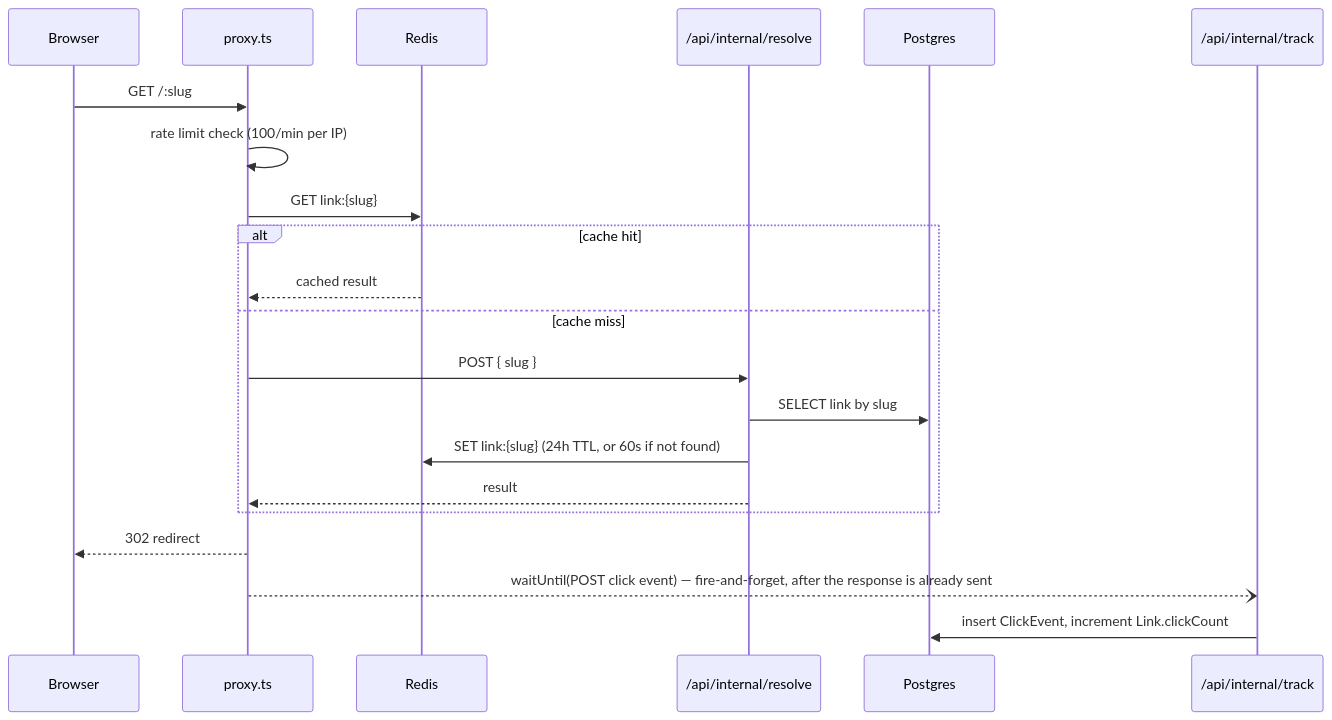
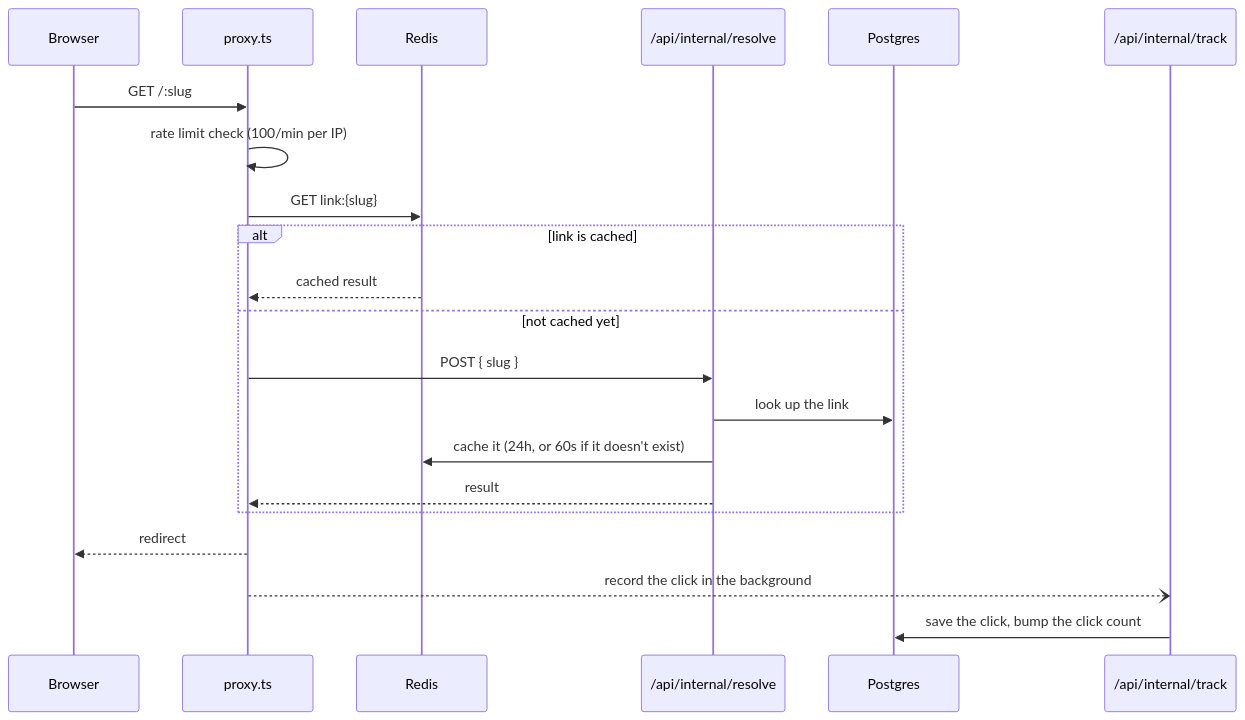
One commit to kanishksharma04/Snip changed the diagram in README.md. Above: the diagram before and after it, drawn with Mermaid. The commit also changed other lines of this file, not shown here.

````diff
--- a/README.md
+++ b/README.md
@@ -23,24 +25,24 @@
 ```mermaid
 sequenceDiagram
     participant Browser
     participant Proxy as proxy.ts
     participant Redis
     participant Resolve as /api/internal/resolve
     participant Postgres
     participant Track as /api/internal/track
 
     Browser->>Proxy: GET /:slug
     Proxy->>Proxy: rate limit check (100/min per IP)
     Proxy->>Redis: GET link:{slug}
-    alt cache hit
+    alt link is cached
         Redis-->>Proxy: cached result
-    else cache miss
+    else not cached yet
         Proxy->>Resolve: POST { slug }
-        Resolve->>Postgres: SELECT link by slug
-        Resolve->>Redis: SET link:{slug} (24h TTL, or 60s if not found)
+        Resolve->>Postgres: look up the link
+        Resolve->>Redis: cache it (24h, or 60s if it doesn't exist)
         Resolve-->>Proxy: result
     end
-    Proxy-->>Browser: 302 redirect
-    Proxy--)Track: waitUntil(POST click event) — fire-and-forget, after the response is already sent
-    Track->>Postgres: insert ClickEvent, increment Link.clickCount
+    Proxy-->>Browser: redirect
+    Proxy--)Track: record the click in the background
+    Track->>Postgres: save the click, bump the click count
 ```
````
